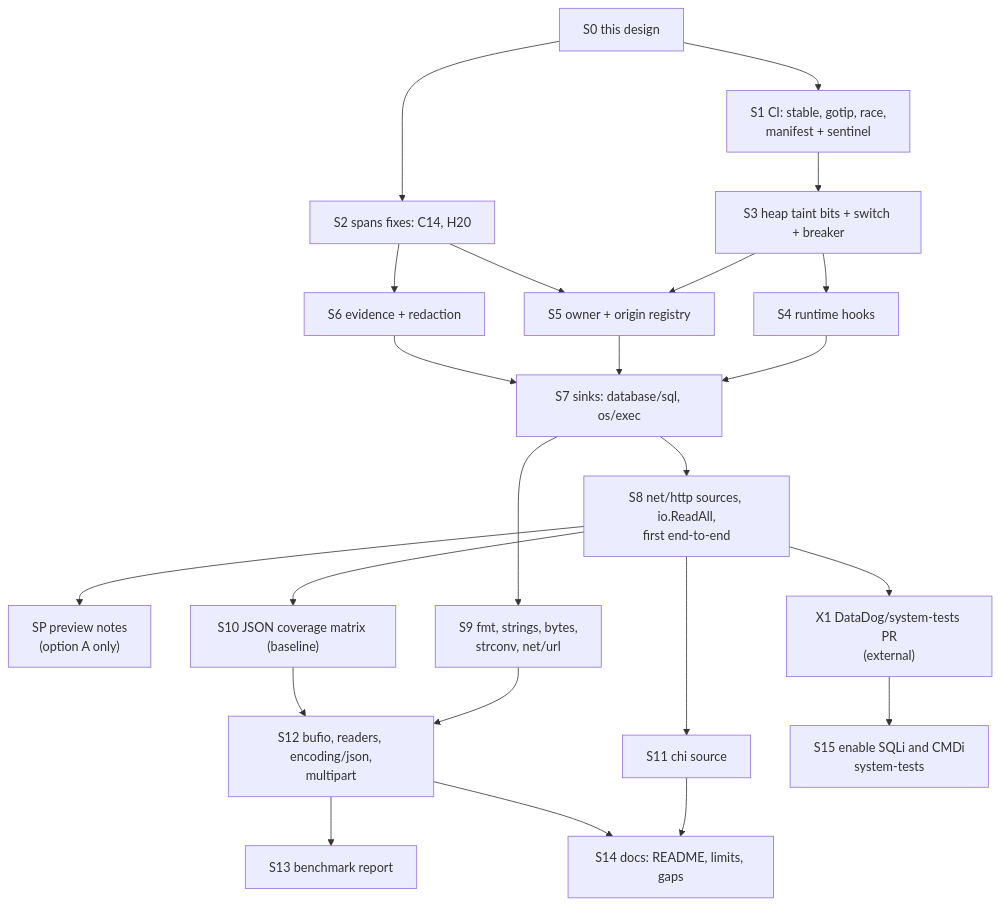
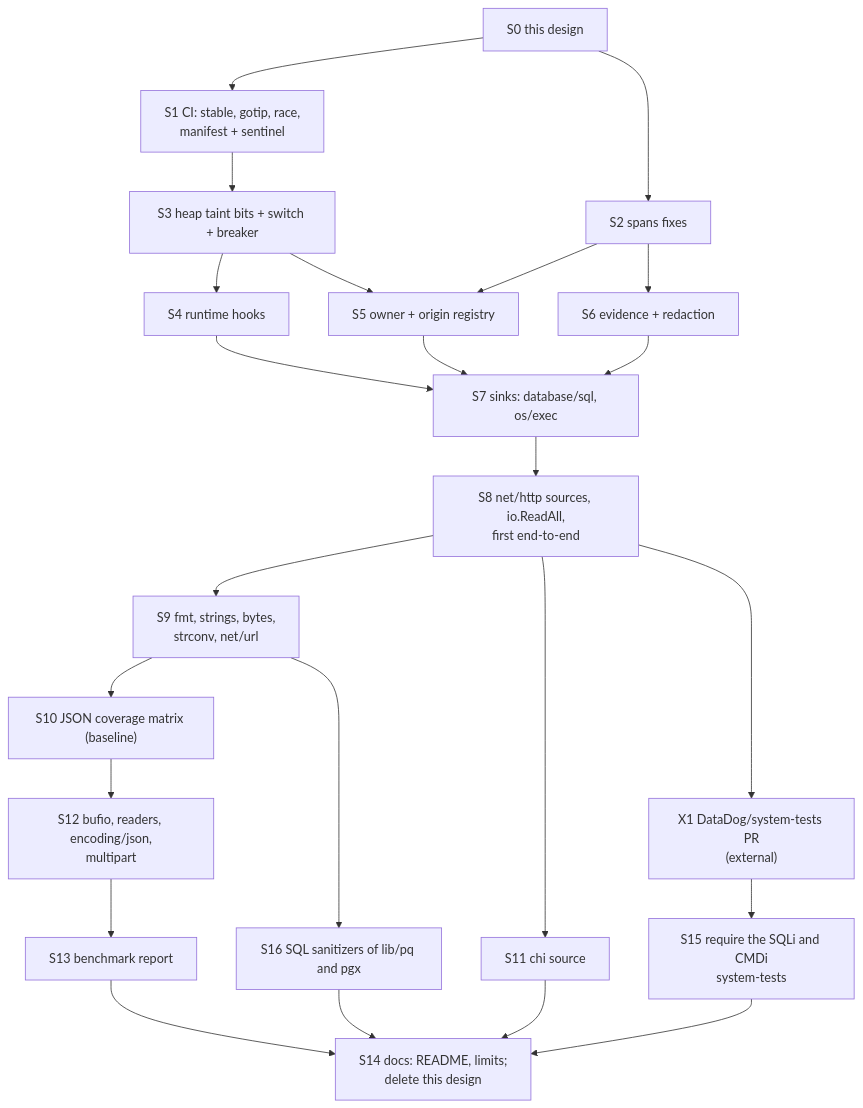
The seventh of 7 diagrams in _docs/design/taint-tracking-v0.md (DataDog/dd-iast-go), drawn with Mermaid before and after one commit. The commit also changed other lines of this file, not shown here.

First line of the commit message:
docs(design): order the stack by dependencies and fix the closing PRs

````diff
--- a/_docs/design/taint-tracking-v0.md
+++ b/_docs/design/taint-tracking-v0.md
@@ -1434,43 +1460,44 @@
 ```mermaid
 flowchart TD
   S0["S0 this design"]
   S1["S1 CI: stable, gotip, race,<br/>manifest + sentinel"]
-  S2["S2 spans fixes: C14, H20"]
+  S2["S2 spans fixes"]
   S3["S3 heap taint bits + switch + breaker"]
   S4["S4 runtime hooks"]
   S5["S5 owner + origin registry"]
   S6["S6 evidence + redaction"]
   S7["S7 sinks: database/sql, os/exec"]
   S8["S8 net/http sources, io.ReadAll,<br/>first end-to-end"]
-  SP["SP preview notes<br/>(option A only)"]
   S9["S9 fmt, strings, bytes,<br/>strconv, net/url"]
   S10["S10 JSON coverage matrix (baseline)"]
   S11["S11 chi source"]
+  S16["S16 SQL sanitizers of lib/pq and pgx"]
   S12["S12 bufio, readers, encoding/json,<br/>multipart"]
   S13["S13 benchmark report"]
-  S14["S14 docs: README, limits, gaps"]
   X1["X1 DataDog/system-tests PR<br/>(external)"]
-  S15["S15 enable SQLi and CMDi<br/>system-tests"]
+  S15["S15 require the SQLi and CMDi<br/>system-tests"]
+  S14["S14 docs: README, limits;<br/>delete this design"]
   S0 --> S1
   S0 --> S2
   S1 --> S3
   S3 --> S4
   S3 --> S5
   S2 --> S5
   S2 --> S6
   S4 --> S7
   S5 --> S7
   S6 --> S7
   S7 --> S8
-  S7 --> S9
-  S8 --> SP
-  S8 --> S10
+  S8 --> S9
+  S9 --> S10
   S8 --> S11
+  S9 --> S16
+  S10 --> S12
+  S12 --> S13
   S8 --> X1
   X1 --> S15
-  S9 --> S12
-  S10 --> S12
   S11 --> S14
-  S12 --> S13
-  S12 --> S14
+  S13 --> S14
+  S15 --> S14
+  S16 --> S14
 ```
````
